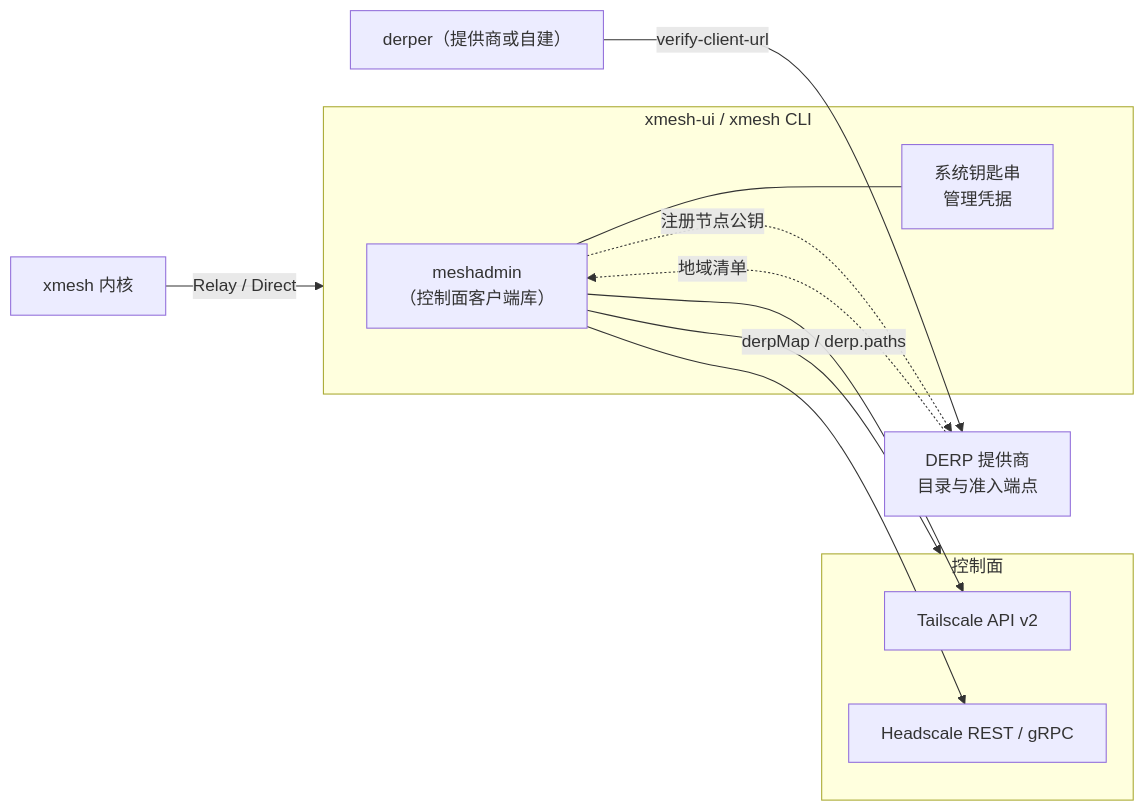
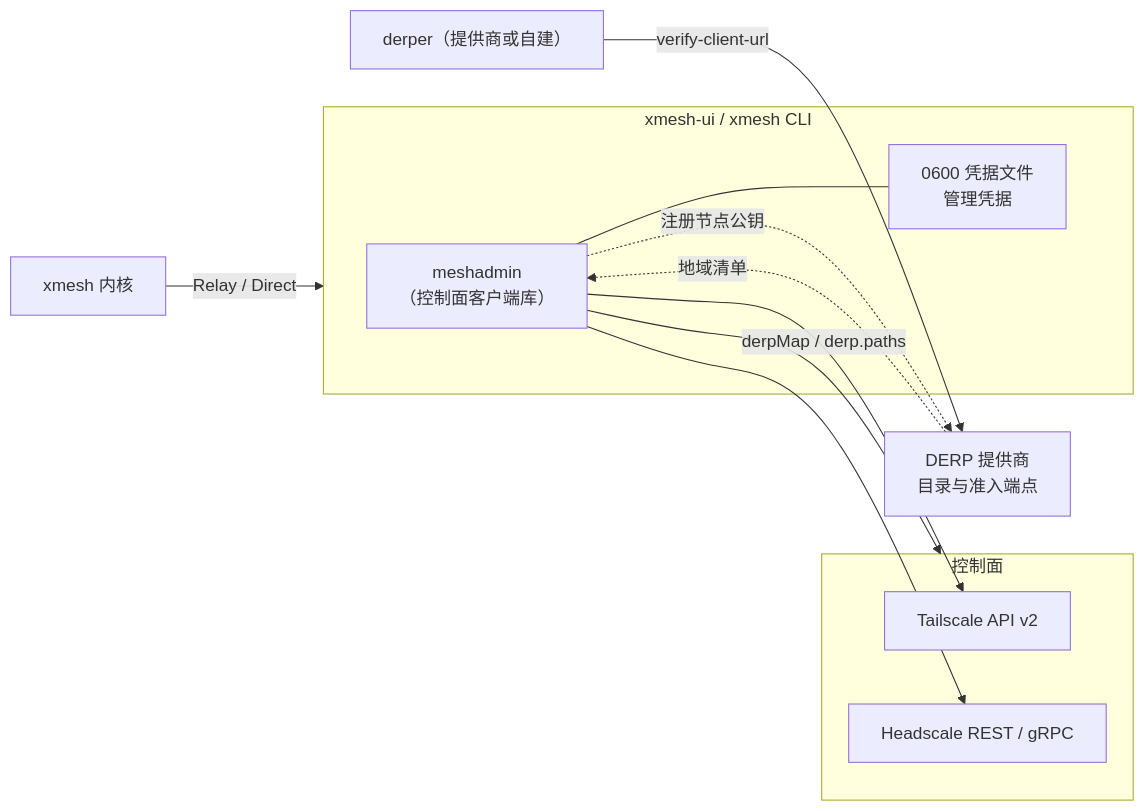
One commit to tzf1003/xmesh changed the diagram in docs/design/13-mesh-admin-and-derp.md. Above: the diagram before and after it, drawn with Mermaid. The commit also changed other lines of this file and 43 other files, not shown here.

````diff
--- a/docs/design/13-mesh-admin-and-derp.md
+++ b/docs/design/13-mesh-admin-and-derp.md
@@ -51,19 +51,19 @@
 ```mermaid
 flowchart LR
   subgraph ui["xmesh-ui / xmesh CLI"]
     admin["meshadmin<br/>（控制面客户端库）"]
-    kc["系统钥匙串<br/>管理凭据"]
+    kc["0600 凭据文件<br/>管理凭据"]
     admin --- kc
   end
   subgraph cp["控制面"]
     ts["Tailscale API v2"]
     hs["Headscale REST / gRPC"]
   end
   admin --> ts
   admin --> hs
   admin -->|"derpMap / derp.paths"| cp
   prov["DERP 提供商<br/>目录与准入端点"] -.地域清单.-> admin
   admin -.注册节点公钥.-> prov
   derper["derper（提供商或自建）"] -->|"verify-client-url"| prov
   kernel["xmesh 内核"] -->|"Relay / Direct"| ui
 ```
````
